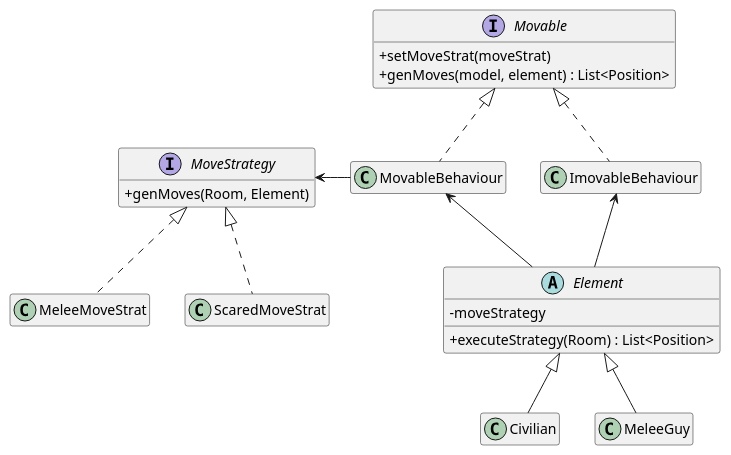
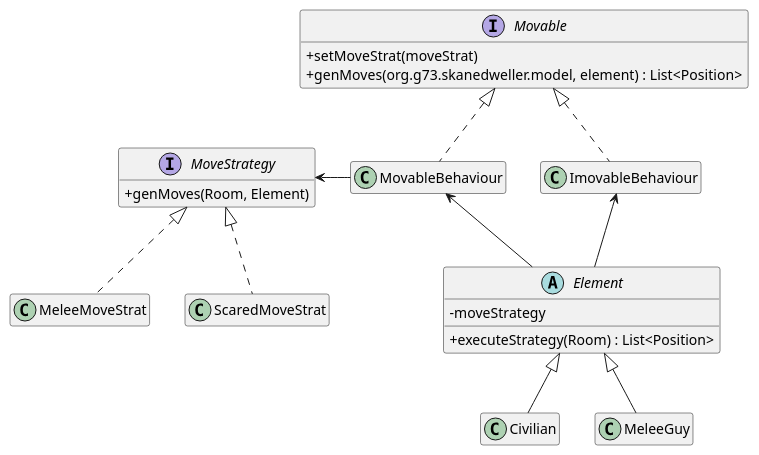
Before and after one commit to JoaoCostaIFG/LPOO: the diagram in docs/uml/movement_strategy.puml, drawn with PlantUML. The commit also changed 140 other files, not shown here.

```diff
--- a/docs/uml/movement_strategy.puml
+++ b/docs/uml/movement_strategy.puml
@@ -1,43 +1,43 @@
 @startuml
 
 hide empty members
 skinparam classAttributeIconSize 0
 skinparam linetype polyline
 skinparam shadowing false
 
 interface Movable {
   + setMoveStrat(moveStrat)
-  + genMoves(model, element) : List<Position>
+  + genMoves(org.g73.skanedweller.model, element) : List<Position>
 }
 
 interface MoveStrategy {
 + genMoves(Room, Element)
 }
 
 abstract class Element {
 - moveStrategy
 + executeStrategy(Room) : List<Position>
 }
 
 class MeleeMoveStrat {}
 class ScaredMoveStrat {}
 class ImovableBehaviour {}
 class MovableBehaviour {}
 class Civilian {}
 class MeleeGuy {}
 
 ImovableBehaviour .up.^ Movable
 MovableBehaviour .up.^ Movable
 
 Element -up-> ImovableBehaviour
 Element -up-> MovableBehaviour
 
 Civilian -up-^ Element
 MeleeGuy -up-^ Element
 
 MeleeMoveStrat .up.^ MoveStrategy
 ScaredMoveStrat .up.^ MoveStrategy
 
 MovableBehaviour -left-> MoveStrategy 
 
 @enduml
```
